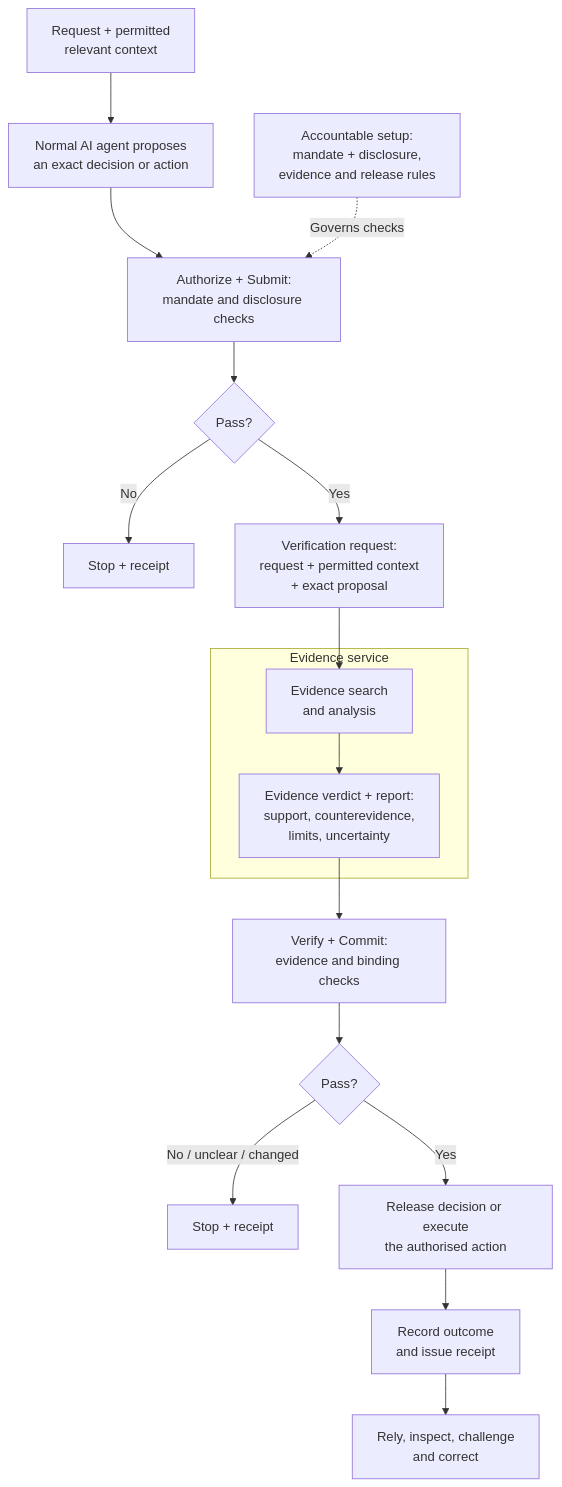
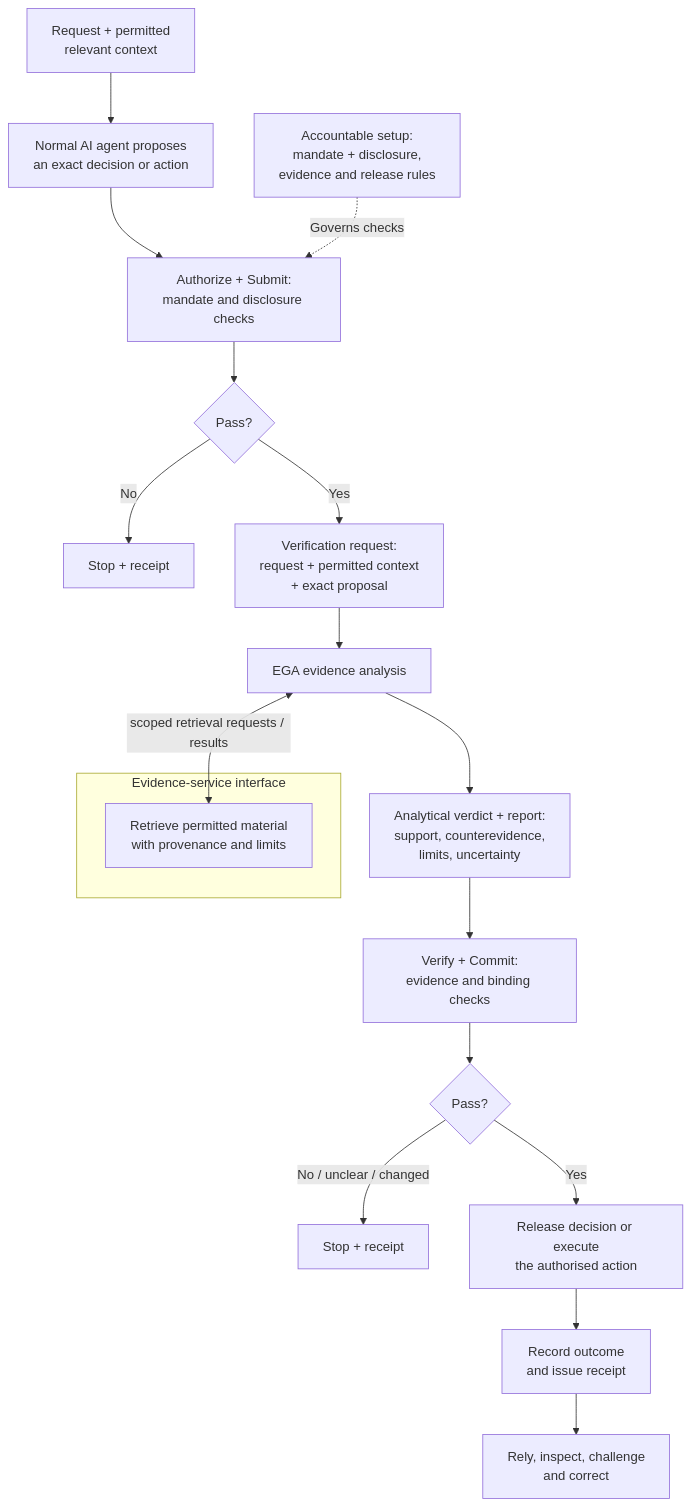
The first of 2 diagrams in docs/Assurance/Concepts/evidence-gated-agents.md (robertschaub/our-ai-charter), drawn with Mermaid before and after one commit. The commit also changed other lines of this file and 11 other files, not shown here.

````diff
--- a/docs/Assurance/Concepts/evidence-gated-agents.md
+++ b/docs/Assurance/Concepts/evidence-gated-agents.md
@@ -102,20 +108,22 @@
 ```mermaid
 flowchart TD
     SET["Accountable setup:<br/>mandate + disclosure,<br/>evidence and release rules"]
     U["Request + permitted<br/>relevant context"] --> A["Normal AI agent proposes<br/>an exact decision or action"]
     A --> PRE["Authorize + Submit:<br/>mandate and disclosure checks"]
     SET -. Governs checks .-> PRE
     PRE --> P{"Pass?"}
     P -->|No| N1["Stop + receipt"]
     P -->|Yes| Q["Verification request:<br/>request + permitted context<br/>+ exact proposal"]
-    subgraph ES["Evidence service"]
-        SEA["Evidence search<br/>and analysis"] --> VR["Evidence verdict + report:<br/>support, counterevidence,<br/>limits, uncertainty"]
+    subgraph ES["Evidence-service interface"]
+        SEA["Retrieve permitted material<br/>with provenance and limits"]
     end
-    Q --> SEA
+    Q --> EA["EGA evidence analysis"]
+    EA <-->|scoped retrieval requests / results| SEA
+    EA --> VR["Analytical verdict + report:<br/>support, counterevidence,<br/>limits, uncertainty"]
     VR --> POST["Verify + Commit:<br/>evidence and binding checks"]
     POST --> D{"Pass?"}
     D -->|No / unclear / changed| N2["Stop + receipt"]
     D -->|Yes| O["Release decision or execute<br/>the authorised action"]
     O --> R["Record outcome<br/>and issue receipt"]
     R --> Y["Rely, inspect, challenge<br/>and correct"]
 ```
````
